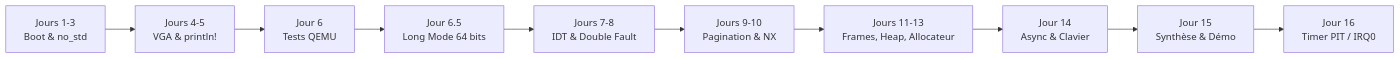
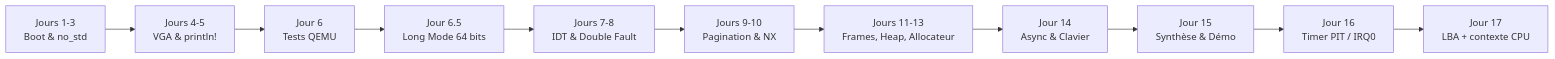
Before and after one commit to Traorehub/Project_Modern_OS_with_Rust: the diagram in README.md, drawn with Mermaid. The commit also changed other lines of this file and 309 other files, not shown here.

````diff
--- a/README.md
+++ b/README.md
@@ -26,12 +26,13 @@
 ```mermaid
 graph LR
     A[Jours 1-3<br/>Boot & no_std] --> B[Jours 4-5<br/>VGA & println!]
     B --> C[Jour 6<br/>Tests QEMU]
     C --> D[Jour 6.5<br/>Long Mode 64 bits]
     D --> E[Jours 7-8<br/>IDT & Double Fault]
     E --> F[Jours 9-10<br/>Pagination & NX]
     F --> G[Jours 11-13<br/>Frames, Heap, Allocateur]
     G --> H[Jour 14<br/>Async & Clavier]
     H --> I[Jour 15<br/>Synthèse & Démo]
     I --> J[Jour 16<br/>Timer PIT / IRQ0]
+    J --> K[Jour 17<br/>LBA + contexte CPU]
 ```
````
